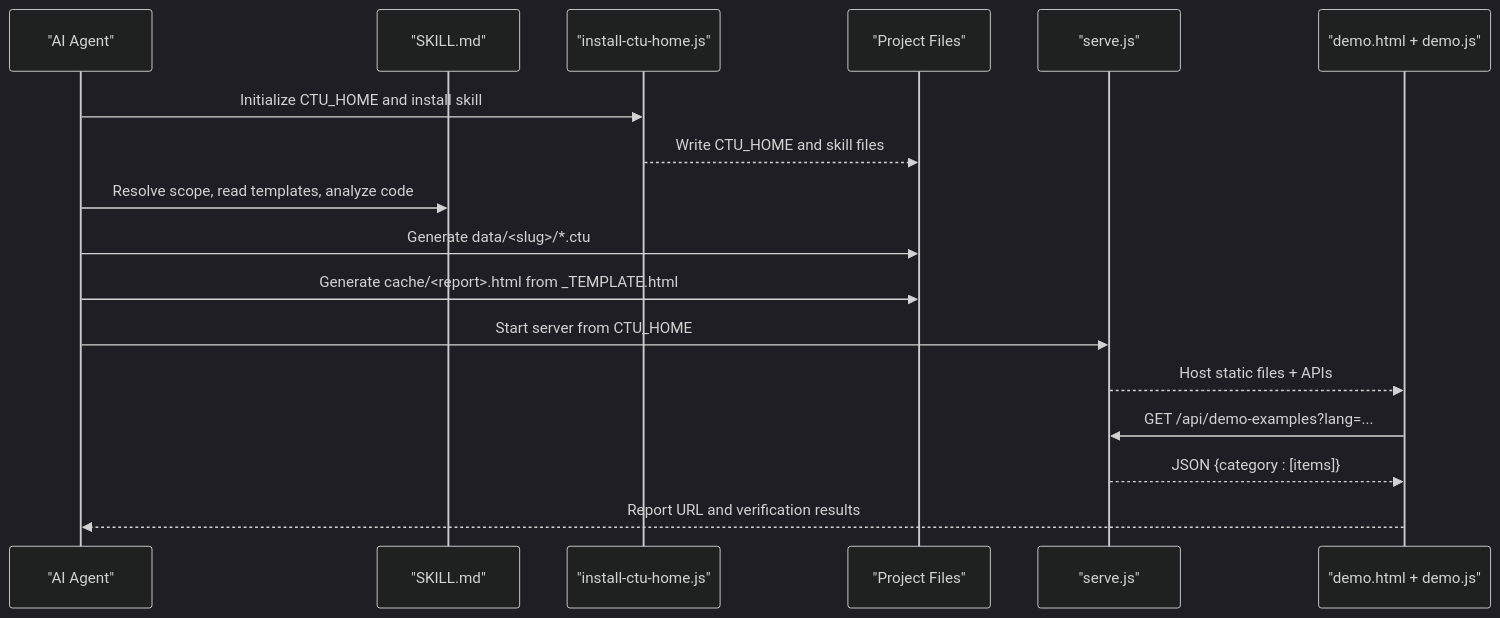
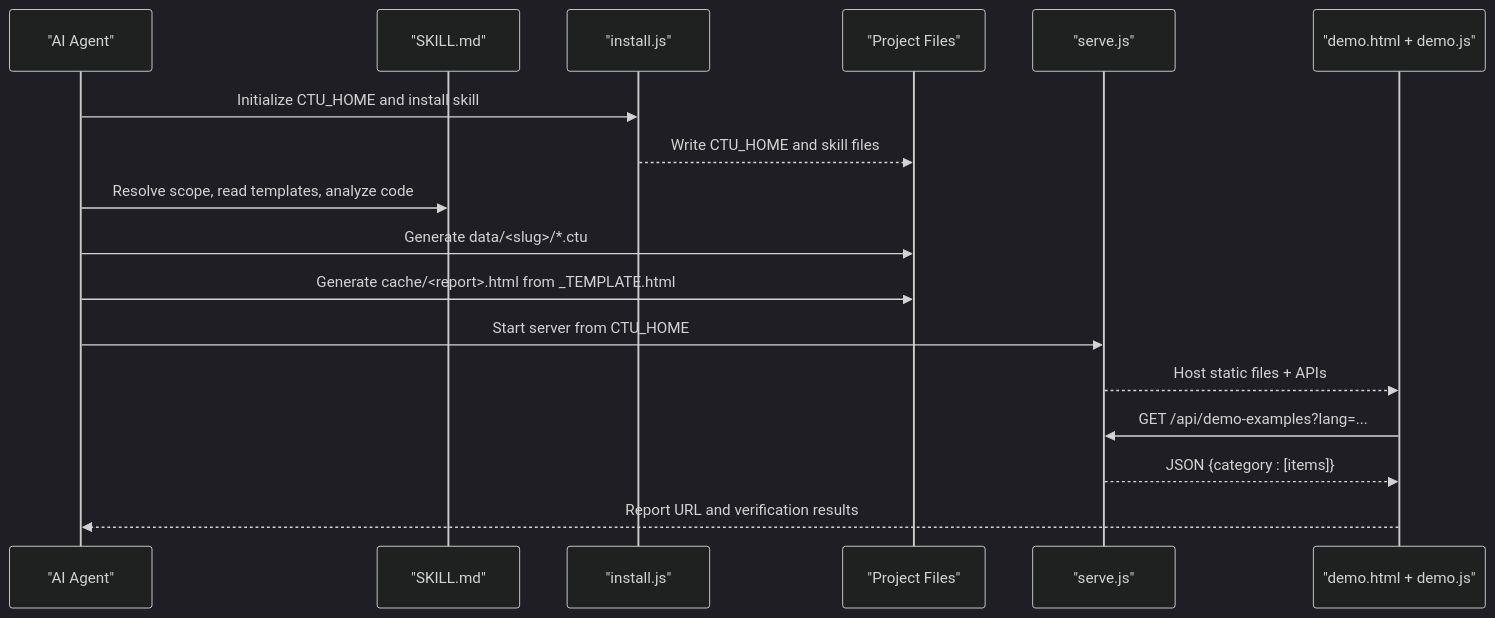
One commit to pingwurth/code-to-uml changed the second of 8 diagrams in .qoder/repowiki/en/content/AI Agent Integration/Workflow Automation.md. Above: the diagram before and after it, drawn with Mermaid (dark theme). The commit also changed other lines of this file and 26 other files, not shown here.

Commit message:
rename install-ctu-home.js install.js

````diff
--- a/.qoder/repowiki/en/content/AI Agent Integration/Workflow Automation.md
+++ b/.qoder/repowiki/en/content/AI Agent Integration/Workflow Automation.md
@@ -123,19 +123,19 @@
 ```mermaid
 sequenceDiagram
 participant Agent as "AI Agent"
 participant Skill as "SKILL.md"
-participant Installer as "install-ctu-home.js"
+participant Installer as "install.js"
 participant FS as "Project Files"
 participant Server as "serve.js"
 participant Browser as "demo.html + demo.js"
 Agent->>Installer : Initialize CTU_HOME and install skill
 Installer-->>FS : Write CTU_HOME and skill files
 Agent->>Skill : Resolve scope, read templates, analyze code
 Agent->>FS : Generate data/<slug>/*.ctu
 Agent->>FS : Generate cache/<report>.html from _TEMPLATE.html
 Agent->>Server : Start server from CTU_HOME
 Server-->>Browser : Host static files + APIs
 Browser->>Server : GET /api/demo-examples?lang=...
 Server-->>Browser : JSON {category : [items]}
 Browser-->>Agent : Report URL and verification results
 ```
````
